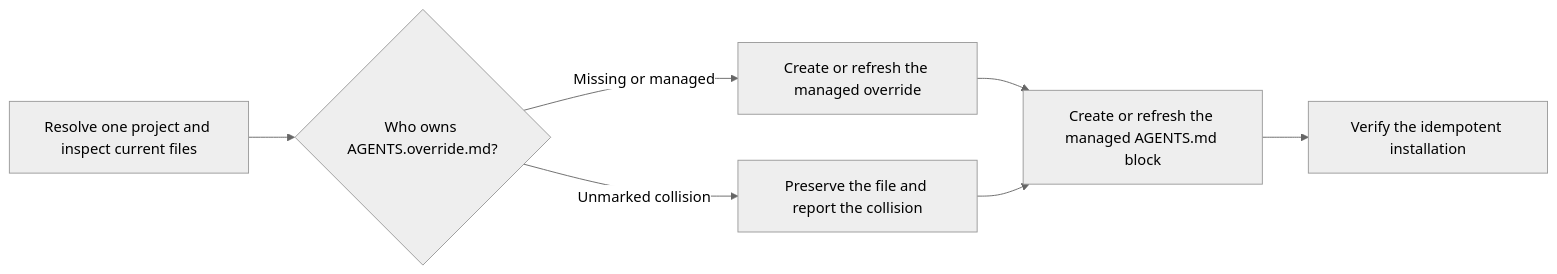
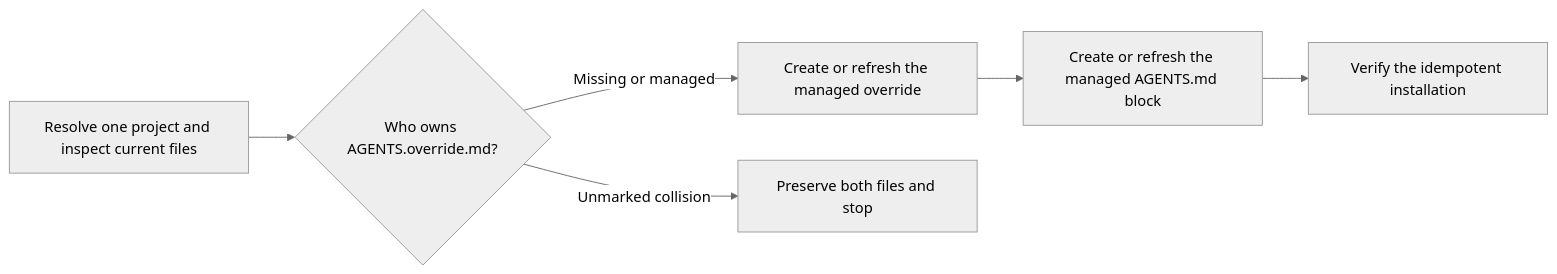
The diagram in plugin/skills/ptlam-setup/SKILL.md (fam-tung-lam/ptlam-agent-plugin), drawn with Mermaid (neutral theme) before and after one commit. The commit also changed other lines of this file and 128 other files, not shown here.

````diff
--- a/plugin/skills/ptlam-setup/SKILL.md
+++ b/plugin/skills/ptlam-setup/SKILL.md
@@ -14,9 +14,8 @@
 ```mermaid
 flowchart LR
     InspectProject["Resolve one project and inspect current files"] --> OverrideOwner{"Who owns AGENTS.override.md?"}
     OverrideOwner -->|"Missing or managed"| RefreshOverride["Create or refresh the managed override"]
-    OverrideOwner -->|"Unmarked collision"| PreserveOverride["Preserve the file and report the collision"]
+    OverrideOwner -->|"Unmarked collision"| ReportCollision["Preserve both files and stop"]
     RefreshOverride --> LinkFromAgents["Create or refresh the managed AGENTS.md block"]
-    PreserveOverride --> LinkFromAgents
     LinkFromAgents --> VerifyInstallation["Verify the idempotent installation"]
 ```
````
